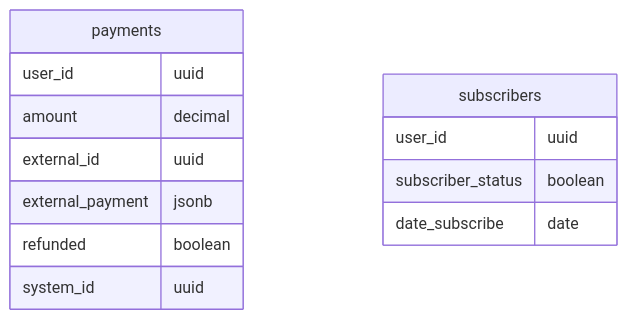
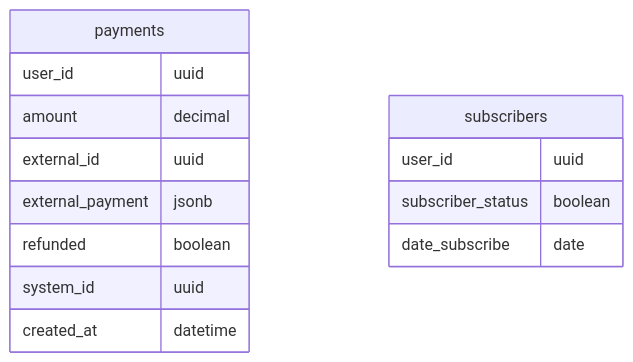
Before and after one commit to aigt/graduate_work: the fourth of 4 diagrams in documentation/Statement.md, drawn with Mermaid. The commit also changed 1 other file, not shown here.

Commit message:
Добавлена дата создания в таблицу платежей

````diff
--- a/documentation/Statement.md
+++ b/documentation/Statement.md
@@ -150,19 +150,20 @@
 ```mermaid
 erDiagram
 
     payments {
         user_id uuid
         amount decimal
         external_id uuid
         external_payment jsonb
         refunded boolean
         system_id uuid
+        created_at datetime
     }
 
     subscribers {
         user_id uuid
         subscriber_status boolean
         date_subscribe date
     }
 
 ```
````
